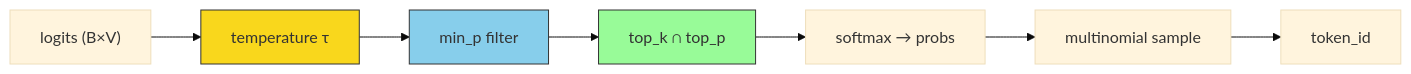
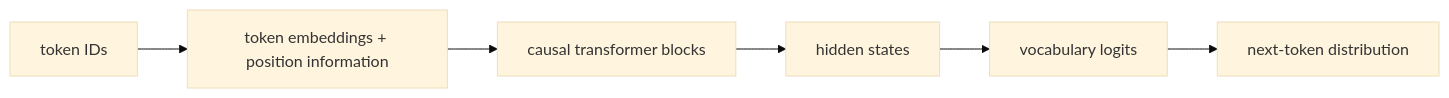
One commit to aarnphm/aarnphm.github.io changed the diagram in content/thoughts/Transformers.md. Above: the diagram before and after it, drawn with Mermaid (base theme). The commit also changed other lines of this file and 6 other files, not shown here.

````diff
--- a/content/thoughts/Transformers.md
+++ b/content/thoughts/Transformers.md
@@ -158,13 +33,8 @@
 ```mermaid
 flowchart LR
-    A["logits (B×V)"] --> B["temperature τ"]
-    B --> C["min_p filter"]
-    C --> D["top_k ∩ top_p"]
-    D --> E["softmax → probs"]
-    E --> F["multinomial sample"]
-    F --> G["token_id"]
-
-    style B fill:#f9d71c,stroke:#333
-    style C fill:#87ceeb,stroke:#333
-    style D fill:#98fb98,stroke:#333
+  A["token IDs"] --> B["token embeddings + position information"]
+  B --> C["causal transformer blocks"]
+  C --> D["hidden states"]
+  D --> E["vocabulary logits"]
+  E --> F["next-token distribution"]
 ```
````
